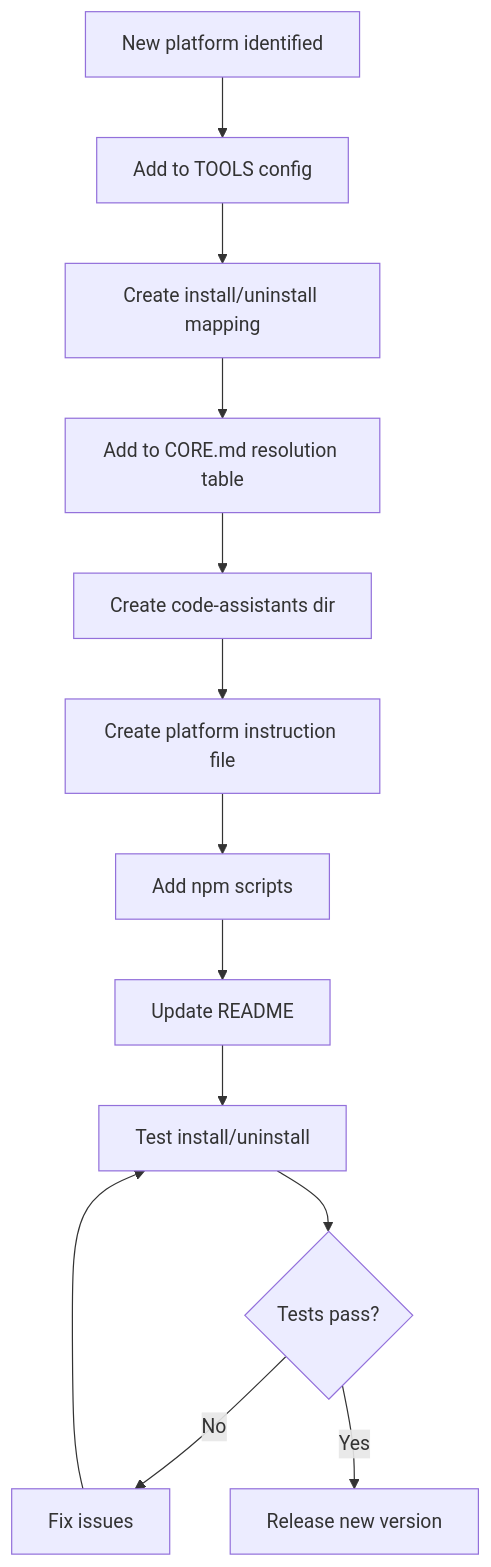
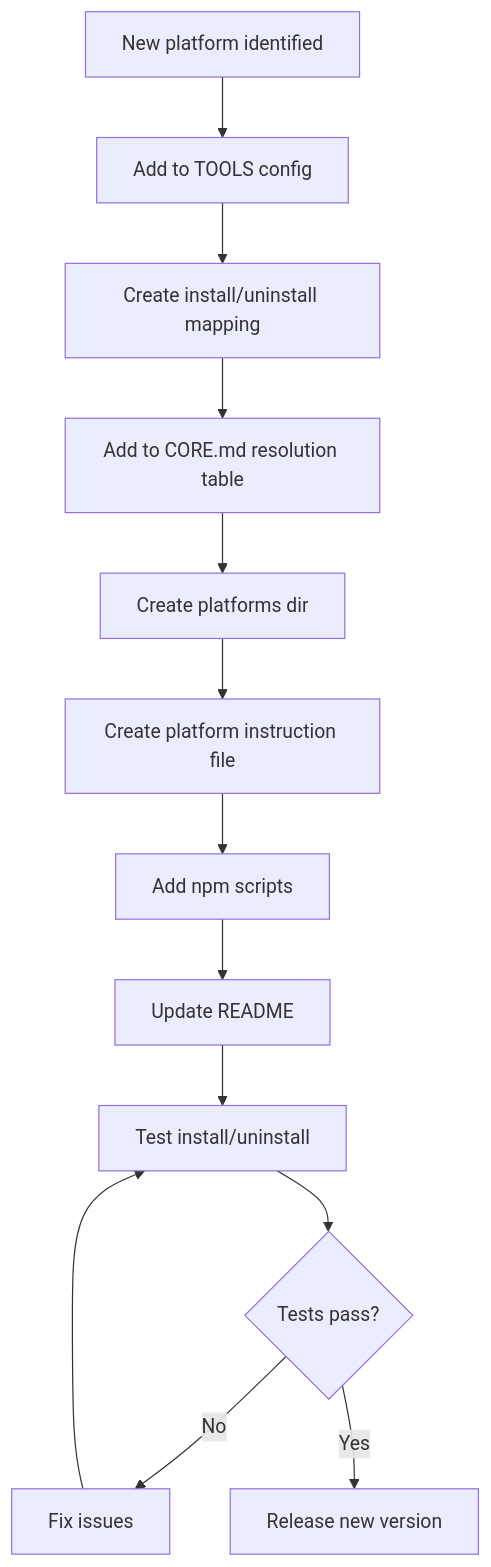
Diagram 12 of 12 in documents/business/business-workflows/03-detailed-workflows.md (Kennyboom/BoomOpen-Workflow-Kit), drawn with Mermaid before and after one commit. The commit also changed other lines of this file and 352 other files, not shown here.

````diff
--- a/documents/business/business-workflows/03-detailed-workflows.md
+++ b/documents/business/business-workflows/03-detailed-workflows.md
@@ -612,15 +612,15 @@
 ```mermaid
 flowchart TD
     A[New platform identified] --> B[Add to TOOLS config]
     B --> C[Create install/uninstall mapping]
     C --> D[Add to CORE.md resolution table]
-    D --> E[Create code-assistants dir]
+    D --> E[Create platforms dir]
     E --> F[Create platform instruction file]
     F --> G[Add npm scripts]
     G --> H[Update README]
     H --> I[Test install/uninstall]
     I --> J{Tests pass?}
     J -->|No| K[Fix issues]
     K --> I
     J -->|Yes| L[Release new version]
 ```
````
